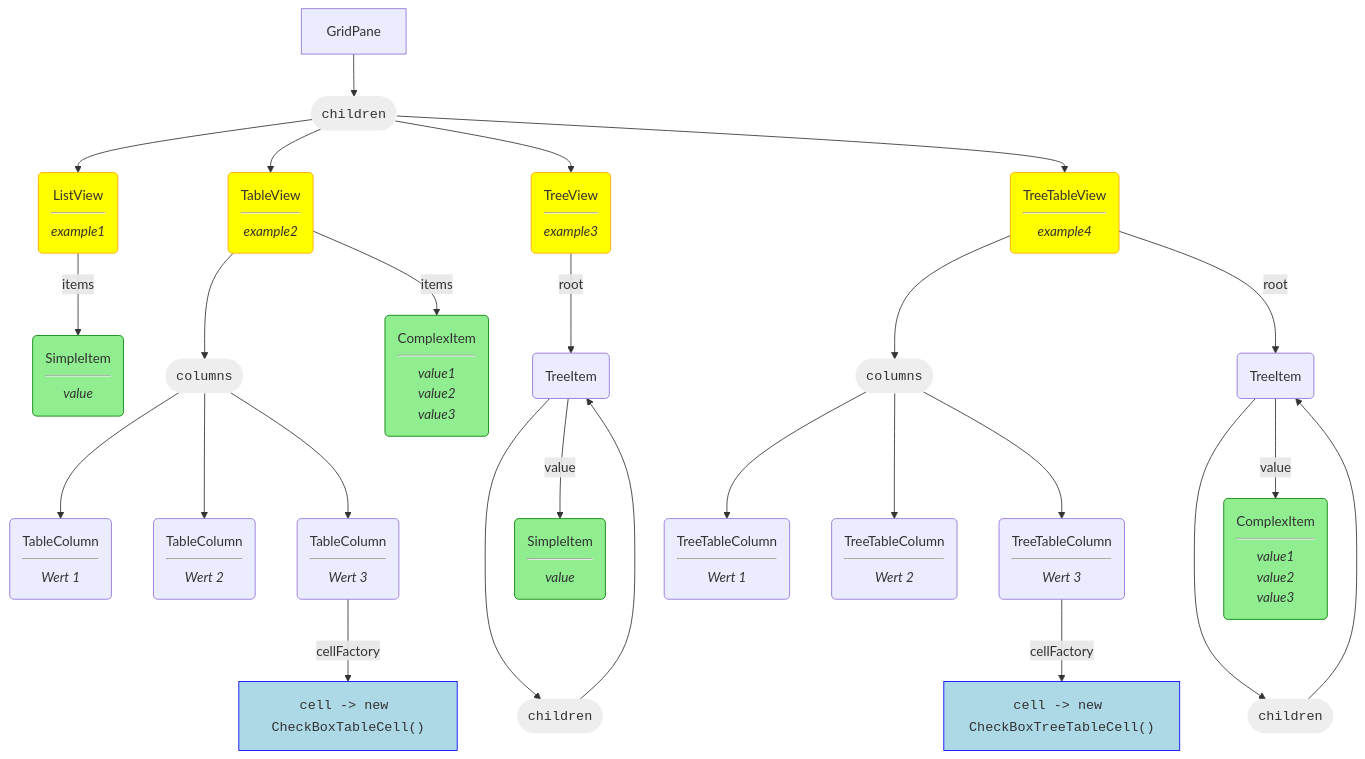
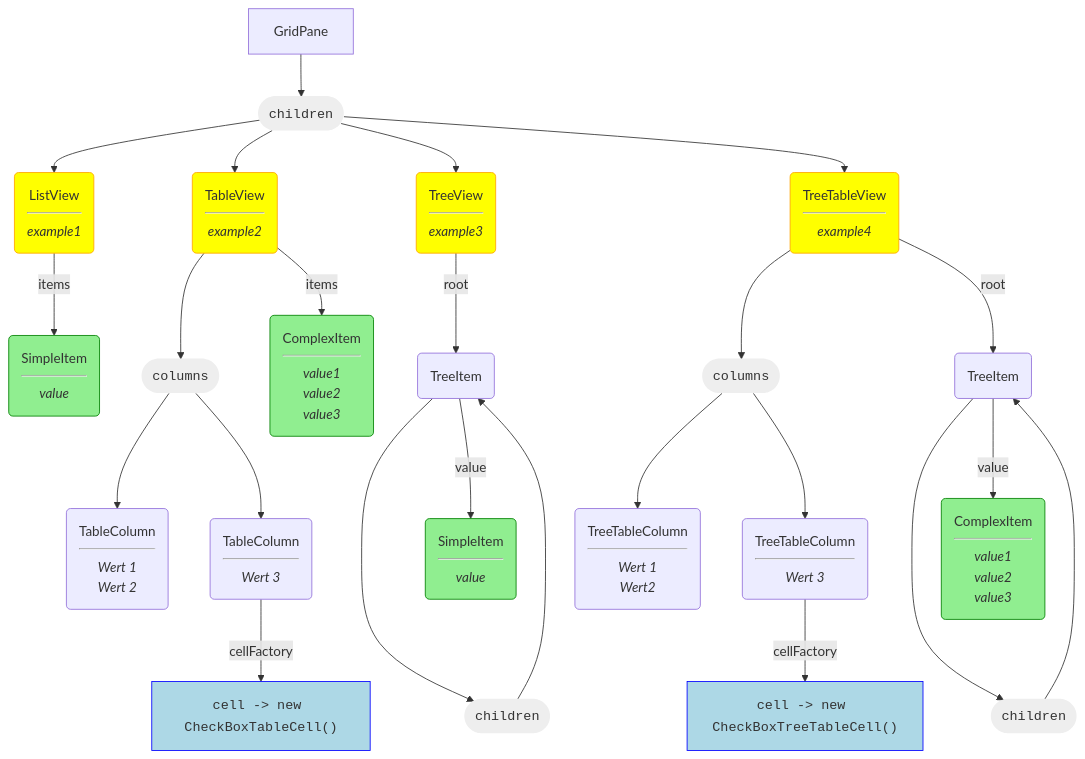
Before and after one commit to ghackenberg/kurs-java-programmierung: the diagram in Quellen/GUI/Sammlungen/Scene.mmd, drawn with Mermaid. The commit also changed 2 other files, not shown here.

```diff
--- a/Quellen/GUI/Sammlungen/Scene.mmd
+++ b/Quellen/GUI/Sammlungen/Scene.mmd
@@ -1,64 +1,62 @@
 flowchart
 
     GridPane
 
     GridPane --> Children(["<code>children</code>"])
 
     Children --> ListView("ListView<hr/><i>example1</i>")
     Children --> TableView("TableView<hr/><i>example2</i>")
     Children --> TreeView("TreeView<hr/><i>example3</i>")
     Children --> TreeTableView("TreeTableView<hr/><i>example4</i>")
 
     TableView --> Columns1(["<code>columns</code>"])
 
-    Columns1 --> TableColumn1("TableColumn<hr/><i>Wert 1</i>")
-    Columns1 --> TableColumn2("TableColumn<hr/><i>Wert 2</i>")
+    Columns1 --> TableColumn1("TableColumn<hr/><i>Wert 1<br/>Wert 2</i>")
     Columns1 --> TableColumn3("TableColumn<hr/><i>Wert 3</i>")
 
     TableColumn3 --cellFactory--> CheckBoxTableCell["<code>cell -> new CheckBoxTableCell()</code>"]
 
     TreeTableView --> Columns2(["<code>columns</code>"])
 
-    Columns2 --> TreeTableColumn1("TreeTableColumn<hr/><i>Wert 1</i>")
-    Columns2 --> TreeTableColumn2("TreeTableColumn<hr/><i>Wert 2</i>")
+    Columns2 --> TreeTableColumn1("TreeTableColumn<hr/><i>Wert 1<br/>Wert2</i>")
     Columns2 --> TreeTableColumn3("TreeTableColumn<hr/><i>Wert 3</i>")
 
     TreeTableColumn3 --cellFactory--> CheckBoxTreeTableCell["<code>cell -> new CheckBoxTreeTableCell()</code>"]
 
     TreeView --root--> TreeItem1("TreeItem")
 
     TreeTableView --root--> TreeItem2("TreeItem")
 
     TreeItem1 --> Children1(["<code>children</code>"])
     TreeItem2 --> Children2(["<code>children</code>"])
 
     Children1 --> TreeItem1
     Children2 --> TreeItem2
 
     ListView --items--> SimpleItem1("SimpleItem<hr/><i>value</i>")
     TableView --items--> ComplexItem1("ComplexItem<hr/><i>value1<br/>value2<br/>value3</i>")
 
     TreeItem1 --value--> SimpleItem2("SimpleItem<hr/><i>value</i>")
     TreeItem2 --value--> ComplexItem2("ComplexItem<hr/><i>value1<br/>value2<br/>value3</i>")
 
     SimpleItem2 ~~~ Children1
     ComplexItem2 ~~~ Children2
 
     style ListView fill:yellow,stroke:orange
     style TableView fill:yellow,stroke:orange
     style TreeView fill:yellow,stroke:orange
     style TreeTableView fill:yellow,stroke:orange
 
     style SimpleItem1 fill:lightgreen,stroke:green
     style SimpleItem2 fill:lightgreen,stroke:green
     style ComplexItem1 fill:lightgreen,stroke:green
     style ComplexItem2 fill:lightgreen,stroke:green
 
     style CheckBoxTableCell fill:lightblue,stroke:blue
     style CheckBoxTreeTableCell fill:lightblue,stroke:blue
 
     style Children fill:#eee,stroke:none
     style Children1 fill:#eee,stroke:none
     style Children2 fill:#eee,stroke:none
     style Columns1 fill:#eee,stroke:none
     style Columns2 fill:#eee,stroke:none
```
